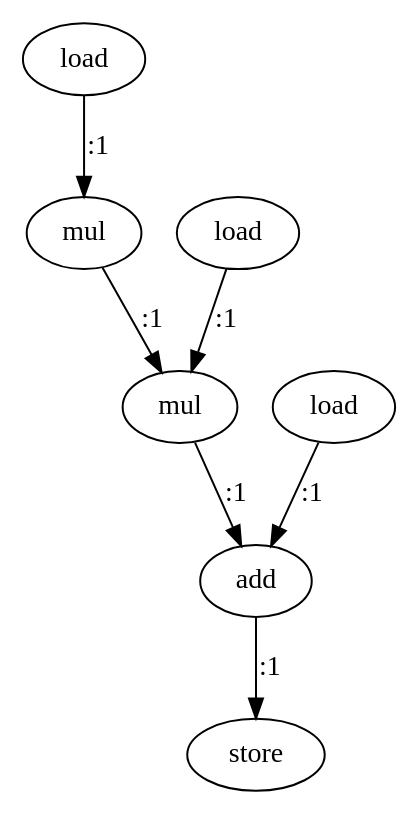
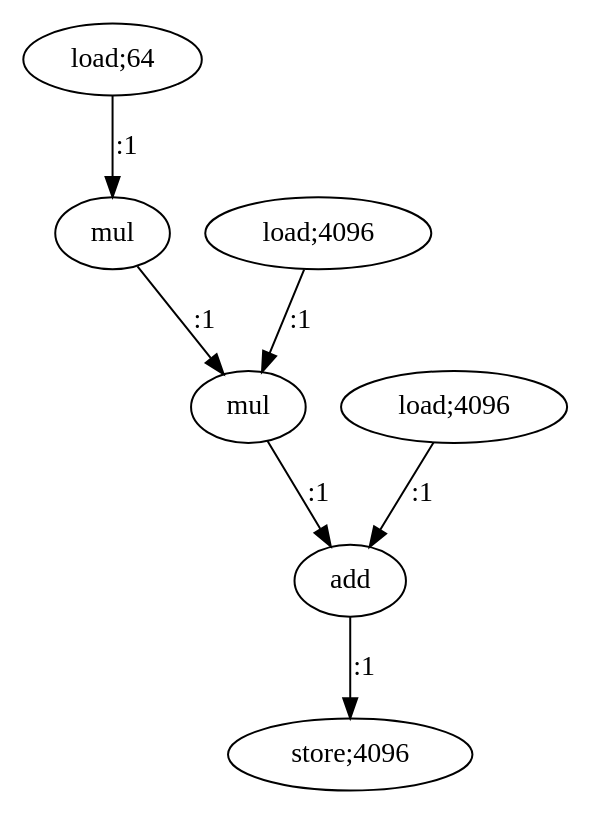
Before and after one commit to nikhilsambhus/MASc-graphDots: the diagram in trmm1.dot, drawn with Graphviz. The commit also changed 51 other files, not shown here.

```diff
--- a/trmm1.dot
+++ b/trmm1.dot
@@ -1,16 +1,16 @@
 digraph  {
-   0 [label="load"];
+   0 [label="load;64"];
    1 [label="mul"];
-   2 [label="load"];
+   2 [label="load;4096"];
    3 [label="mul"];
-   4 [label="load"];
+   4 [label="load;4096"];
    5 [label="add"];
-   6 [label="store"];
+   6 [label="store;4096"];
 
    0->1 [label=":1"]
    1->3 [label=":1"]
    2->3 [label=":1"]
    3->5 [label=":1"]
    4->5 [label=":1"]
    5->6 [label=":1"]
 }
```
